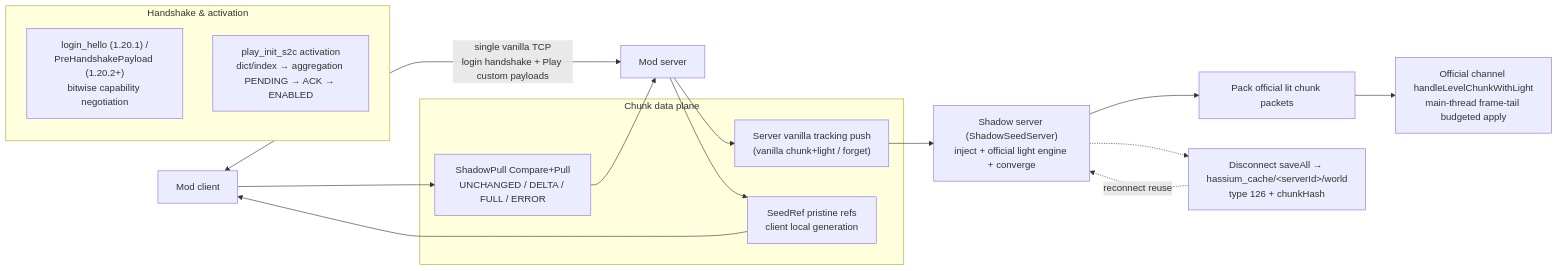
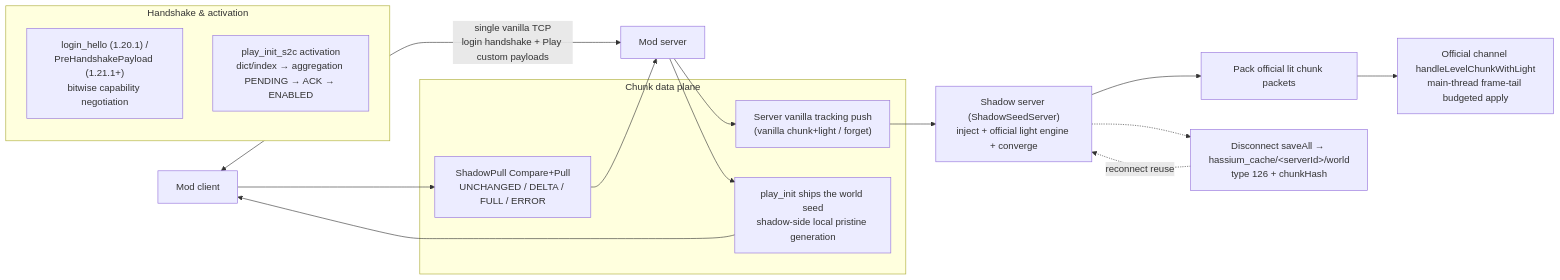
Before and after one commit to limuqy/Hassium: the diagram in README-en.md, drawn with Mermaid. The commit also changed other lines of this file and 29 other files, not shown here.

````diff
--- a/README-en.md
+++ b/README-en.md
@@ -130,24 +131,24 @@
 ```mermaid
 flowchart LR
     client["Mod client"] <-->|"single vanilla TCP<br/>login handshake + Play custom payloads"| server["Mod server"]
     subgraph Handshake & activation
-        hs["login_hello (1.20.1) /<br/>PreHandshakePayload (1.20.2+)<br/>bitwise capability negotiation"]
+        hs["login_hello (1.20.1) /<br/>PreHandshakePayload (1.21.1+)<br/>bitwise capability negotiation"]
         act["play_init_s2c activation<br/>dict/index → aggregation PENDING → ACK → ENABLED"]
     end
     subgraph Chunk data plane
         push["Server vanilla tracking push<br/>(vanilla chunk+light / forget)"]
         pull["ShadowPull Compare+Pull<br/>UNCHANGED / DELTA / FULL / ERROR"]
-        seed["SeedRef pristine refs<br/>client local generation"]
+        seed["play_init ships the world seed<br/>shadow-side local pristine generation"]
     end
     shadow["Shadow server (ShadowSeedServer)<br/>inject + official light engine + converge"]
     pack["Pack official lit chunk packets"]
     apply["Official channel handleLevelChunkWithLight<br/>main-thread frame-tail budgeted apply"]
     save["Disconnect saveAll → hassium_cache/&lt;serverId&gt;/world<br/>type 126 + chunkHash"]
 
     server --> push --> shadow
     client --> pull --> server
     server --> seed --> client
     shadow --> pack --> apply
     shadow -.-> save
     save -.->|"reconnect reuse"| shadow
 ```
````
